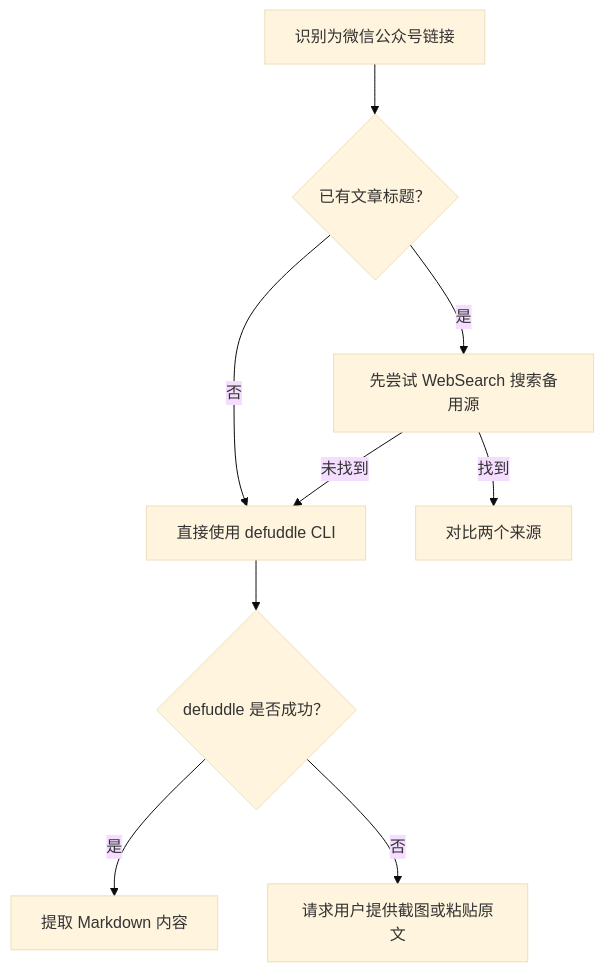
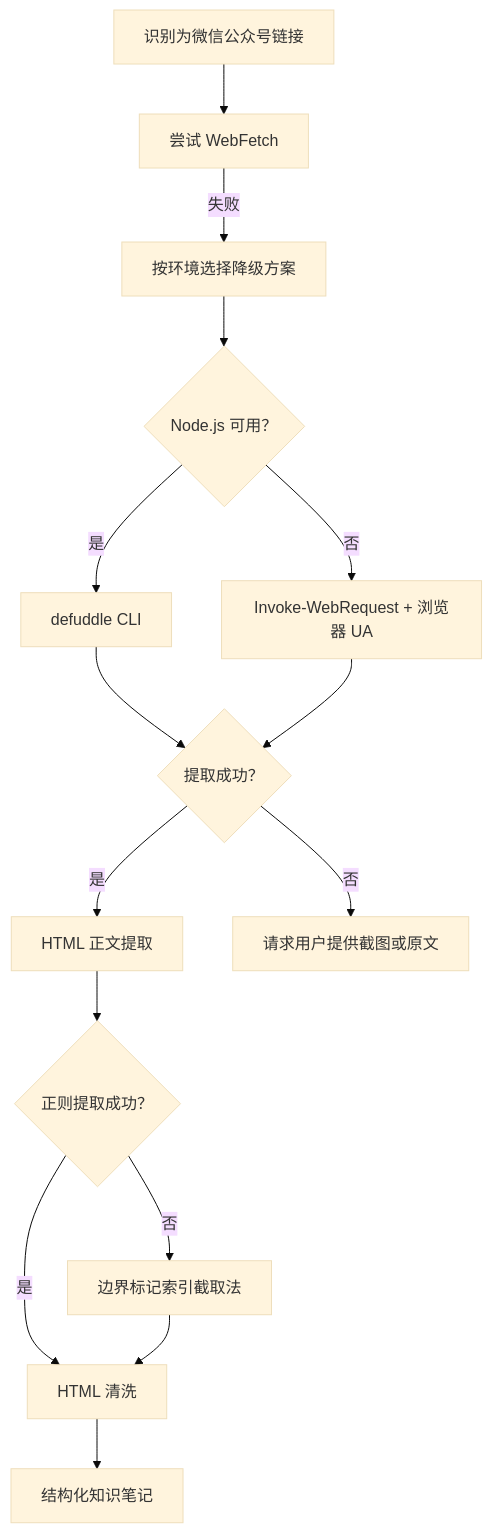
The diagram in docs/knowledge/operations/wechat-mp-content-extraction.md (xinetzone/SpecWeave), drawn with Mermaid (base theme) before and after one commit. The commit also changed other lines of this file and 14 other files, not shown here.

````diff
--- a/docs/knowledge/operations/wechat-mp-content-extraction.md
+++ b/docs/knowledge/operations/wechat-mp-content-extraction.md
@@ -17,11 +27,17 @@
 ```mermaid
 flowchart TD
-    A["识别为微信公众号链接"] --> B{"已有文章标题？"}
-    B -->|"是"| C["先尝试 WebSearch 搜索备用源"]
-    B -->|"否"| D["直接使用 defuddle CLI"]
-    C -->|"找到"| E["对比两个来源"]
-    C -->|"未找到"| D
-    D --> F{"defuddle 是否成功？"}
-    F -->|"是"| G["提取 Markdown 内容"]
-    F -->|"否"| H["请求用户提供截图或粘贴原文"]
+    A["识别为微信公众号链接"] --> B["尝试 WebFetch"]
+    B -->|"失败"| C["按环境选择降级方案"]
+    C --> D{"Node.js 可用？"}
+    D -->|"是"| E["defuddle CLI"]
+    D -->|"否"| F["Invoke-WebRequest + 浏览器 UA"]
+    E --> G{"提取成功？"}
+    F --> G
+    G -->|"是"| H["HTML 正文提取"]
+    G -->|"否"| I["请求用户提供截图或原文"]
+    H --> J{"正则提取成功？"}
+    J -->|"是"| K["HTML 清洗"]
+    J -->|"否"| L["边界标记索引截取法"]
+    L --> K
+    K --> M["结构化知识笔记"]
 ```
````
